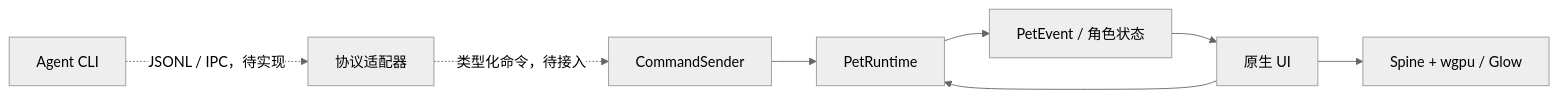
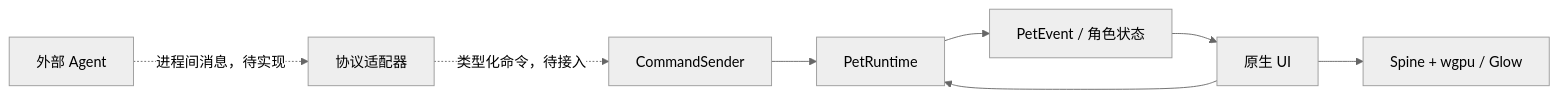
Before and after one commit to ZyphrZero/arkpets.rs: the diagram in docs/ARCHITECTURE.md, drawn with Mermaid (neutral theme). The commit also changed other lines of this file and 30 other files, not shown here.

````diff
--- a/docs/ARCHITECTURE.md
+++ b/docs/ARCHITECTURE.md
@@ -104,10 +157,10 @@
 ```mermaid
 flowchart LR
-    CLI[Agent CLI] -. JSONL / IPC，待实现 .-> Adapter[协议适配器]
+    CLI[外部 Agent] -. 进程间消息，待实现 .-> Adapter[协议适配器]
     Adapter -. 类型化命令，待接入 .-> Sender[CommandSender]
     Sender --> Runtime[PetRuntime]
     UI[原生 UI] --> Runtime
     Runtime --> Result[PetEvent / 角色状态]
     Result --> UI
     UI --> Render[Spine + wgpu / Glow]
 ```
````
